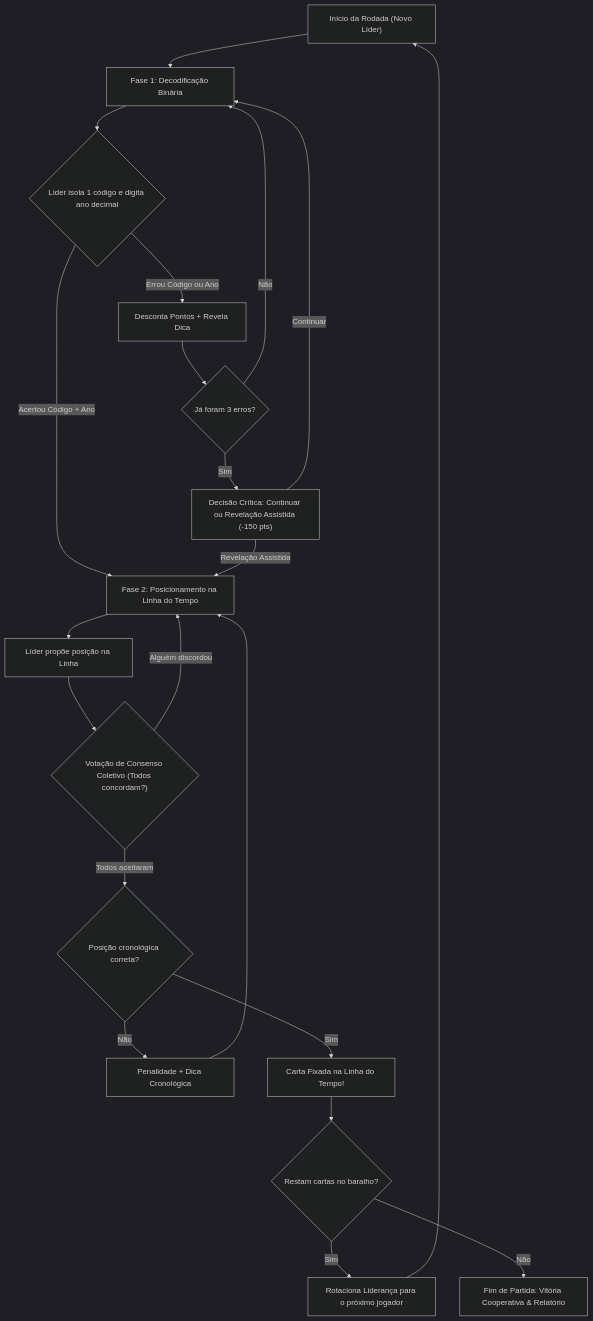
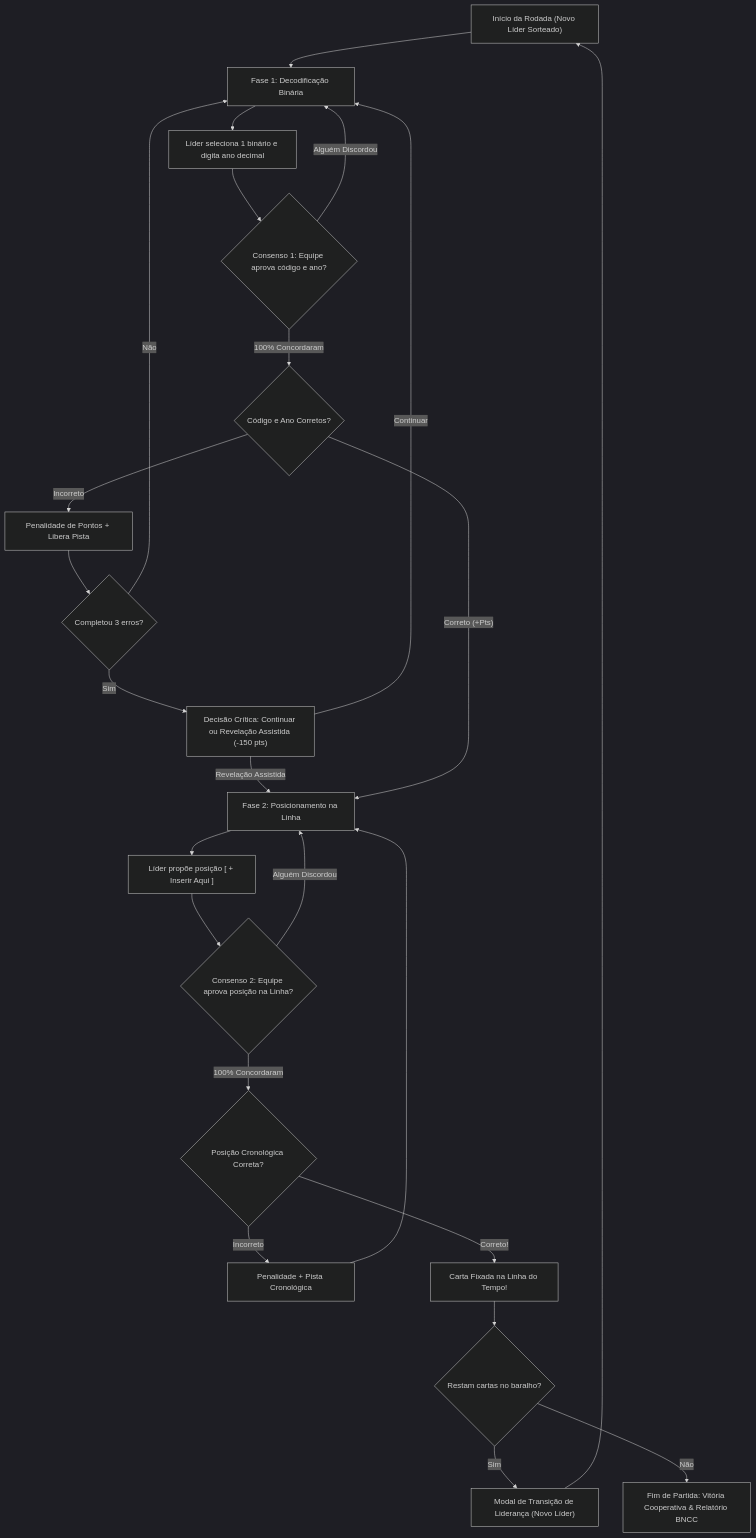
One commit to Pamelamorim1/HistoriaEmBits changed the diagram in MANUAL_DE_REGRAS.md. Above: the diagram before and after it, drawn with Mermaid (dark theme). The commit also changed other lines of this file and 1 other file, not shown here.

````diff
--- a/MANUAL_DE_REGRAS.md
+++ b/MANUAL_DE_REGRAS.md
@@ -77,23 +142,26 @@
 ```mermaid
 flowchart TD
-    A["Início da Rodada (Novo Líder)"] --> B["Fase 1: Decodificação Binária"]
-    B --> C{"Líder isola 1 código e digita ano decimal"}
-    C -- "Acertou Código + Ano" --> D["Fase 2: Posicionamento na Linha do Tempo"]
-    C -- "Errou Código ou Ano" --> E["Desconta Pontos + Revela Dica"]
-    E --> F{"Já foram 3 erros?"}
-    F -- "Não" --> B
-    F -- "Sim" --> G["Decisão Crítica: Continuar ou Revelação Assistida (-150 pts)"]
-    G -- "Continuar" --> B
-    G -- "Revelação Assistida" --> D
-    D --> H["Líder propõe posição na Linha"]
-    H --> I{"Votação de Consenso Coletivo (Todos concordam?)"}
-    I -- "Alguém discordou" --> D
-    I -- "Todos aceitaram" --> J{"Posição cronológica correta?"}
-    J -- "Não" --> K["Penalidade + Dica Cronológica"]
-    K --> D
-    J -- "Sim" --> L["Carta Fixada na Linha do Tempo!"]
-    L --> M{"Restam cartas no baralho?"}
-    M -- "Sim" --> N["Rotaciona Liderança para o próximo jogador"]
-    N --> A
-    M -- "Não" --> O["Fim de Partida: Vitória Cooperativa & Relatório"]
+    A["Início da Rodada (Novo Líder Sorteado)"] --> B["Fase 1: Decodificação Binária"]
+    B --> C["Líder seleciona 1 binário e digita ano decimal"]
+    C --> D{"Consenso 1: Equipe aprova código e ano?"}
+    D -- "Alguém Discordou" --> B
+    D -- "100% Concordaram" --> E{"Código e Ano Corretos?"}
+    E -- "Incorreto" --> F["Penalidade de Pontos + Libera Pista"]
+    F --> G{"Completou 3 erros?"}
+    G -- "Não" --> B
+    G -- "Sim" --> H["Decisão Crítica: Continuar ou Revelação Assistida (-150 pts)"]
+    H -- "Continuar" --> B
+    H -- "Revelação Assistida" --> I["Fase 2: Posicionamento na Linha"]
+    E -- "Correto (+Pts)" --> I
+    I --> J["Líder propõe posição [ + Inserir Aqui ]"]
+    J --> K{"Consenso 2: Equipe aprova posição na Linha?"}
+    K -- "Alguém Discordou" --> I
+    K -- "100% Concordaram" --> L{"Posição Cronológica Correta?"}
+    L -- "Incorreto" --> M["Penalidade + Pista Cronológica"]
+    M --> I
+    L -- "Correto!" --> N["Carta Fixada na Linha do Tempo!"]
+    N --> O{"Restam cartas no baralho?"}
+    O -- "Sim" --> P["Modal de Transição de Liderança (Novo Líder)"]
+    P --> A
+    O -- "Não" --> Q["Fim de Partida: Vitória Cooperativa & Relatório BNCC"]
 ```
````
